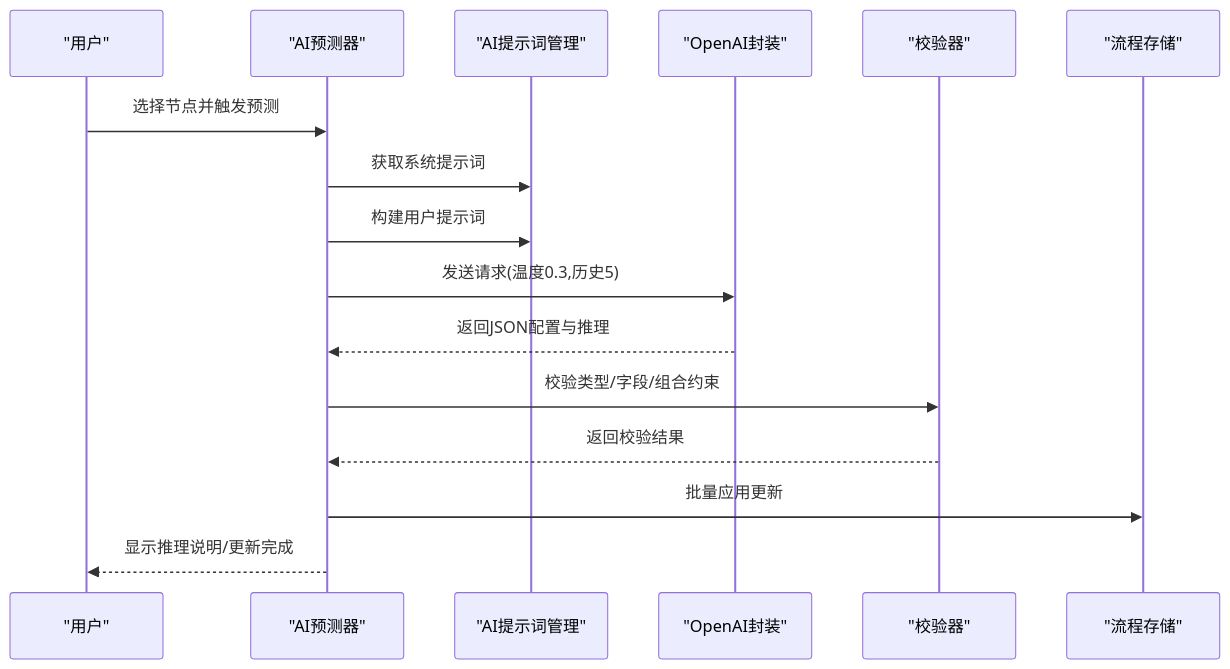
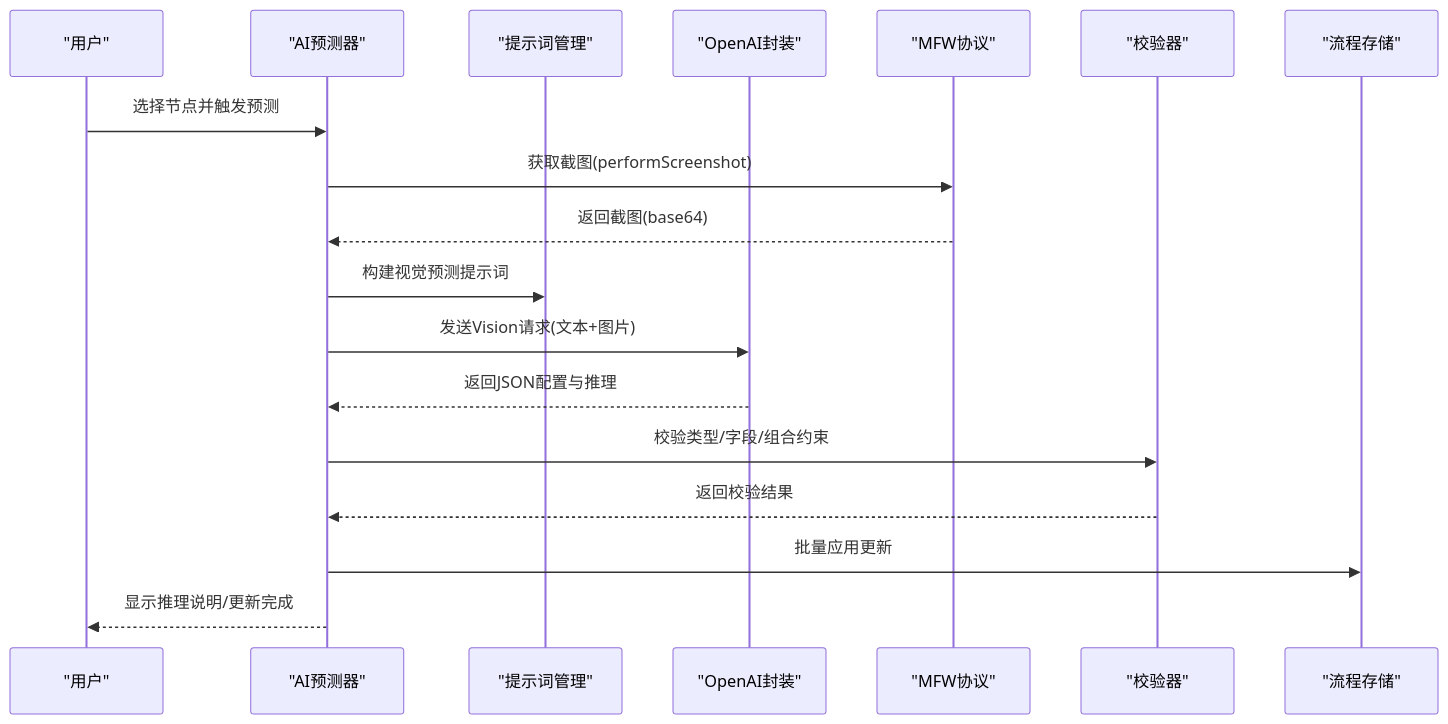
The fourth of 9 diagrams in .qoder/repowiki/zh/content/AI辅助功能/AI辅助功能.md (kqcoxn/MaaPipelineEditor), drawn with Mermaid before and after one commit. The commit also changed other lines of this file and 51 other files, not shown here.

````diff
--- a/.qoder/repowiki/zh/content/AI辅助功能/AI辅助功能.md
+++ b/.qoder/repowiki/zh/content/AI辅助功能/AI辅助功能.md
@@ -182,18 +184,20 @@
 ```mermaid
 sequenceDiagram
 participant U as "用户"
 participant AIP as "AI预测器"
-participant AIPROMPT as "AI提示词管理"
+participant AIPROMPT as "提示词管理"
 participant OA as "OpenAI封装"
+participant MFW as "MFW协议"
 participant VAL as "校验器"
 participant FS as "流程存储"
 U->>AIP : 选择节点并触发预测
-AIP->>AIPROMPT : 获取系统提示词
-AIP->>AIPROMPT : 构建用户提示词
-AIP->>OA : 发送请求(温度0.3,历史5)
+AIP->>MFW : 获取截图(performScreenshot)
+MFW-->>AIP : 返回截图(base64)
+AIP->>AIPROMPT : 构建视觉预测提示词
+AIP->>OA : 发送Vision请求(文本+图片)
 OA-->>AIP : 返回JSON配置与推理
 AIP->>VAL : 校验类型/字段/组合约束
 VAL-->>AIP : 返回校验结果
 AIP->>FS : 批量应用更新
 AIP-->>U : 显示推理说明/更新完成
 ```
````
